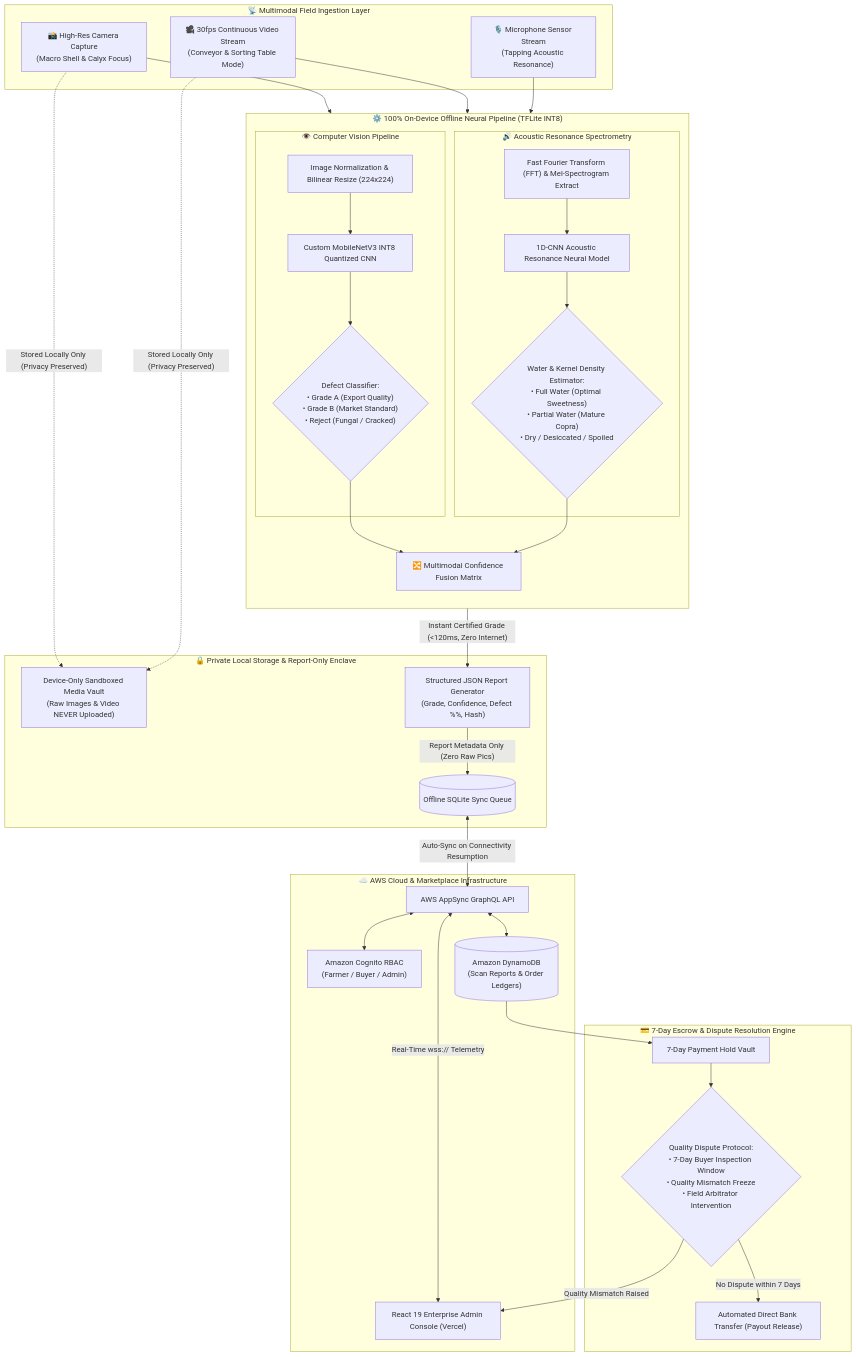
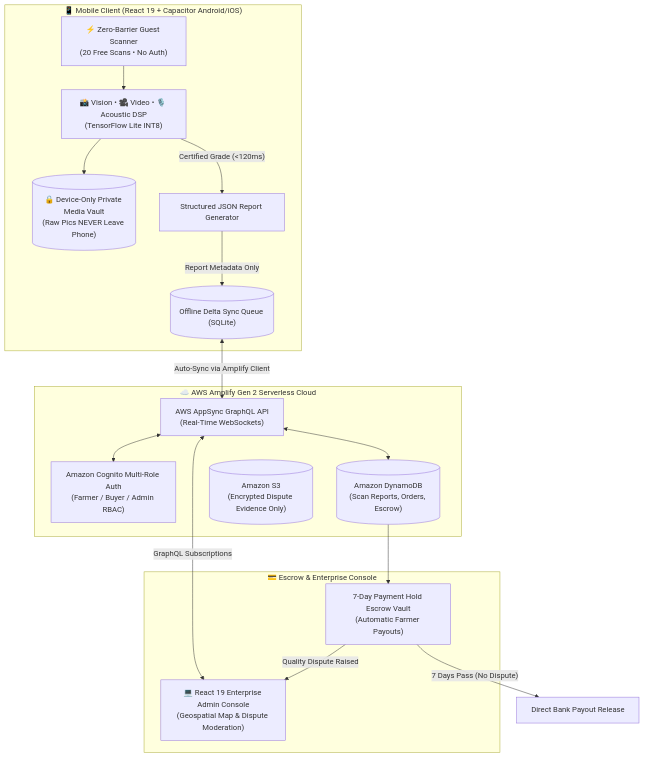
Before and after one commit to rahaman1721/pooja-coconut-scan-ai: the diagram in README.md, drawn with Mermaid. The commit also changed other lines of this file, not shown here.

Commit message:
docs: exhaustive documentation of Vercel Admin Console routes and 7-day escrow payment control room

````diff
--- a/README.md
+++ b/README.md
@@ -55,66 +123,36 @@
 ```mermaid
 flowchart TD
-    subgraph MultiModalSensors ["📡 Multimodal Field Ingestion Layer"]
-        ImgCapture["📸 High-Res Camera Capture\n(Macro Shell & Calyx Focus)"]
-        VidCapture["🎥 30fps Continuous Video Stream\n(Conveyor & Sorting Table Mode)"]
-        AudioCapture["🎙️ Microphone Sensor Stream\n(Tapping Acoustic Resonance)"]
+    subgraph ClientLayer ["📱 Mobile Client (React 19 + Capacitor Android/iOS)"]
+        GuestMode["⚡ Zero-Barrier Guest Scanner\n(20 Free Scans • No Auth)"]
+        MultimodalEngine["📸 Vision • 🎥 Video • 🎙️ Acoustic DSP\n(TensorFlow Lite INT8)"]
+        PrivateSandbox[("🔒 Device-Only Private Media Vault\n(Raw Pics NEVER Leave Phone)")]
+        ReportGen["Structured JSON Report Generator"]
+        OfflineSyncQueue[("Offline Delta Sync Queue (SQLite)")]
     end
 
-    subgraph OnDeviceEngine ["⚙️ 100% On-Device Offline Neural Pipeline (TFLite INT8)"]
-        direction TB
-        subgraph VisionModel ["👁️ Computer Vision Pipeline"]
-            Preprocessor["Image Normalization & Bilinear Resize (224x224)"]
-            MobileNetV3["Custom MobileNetV3 INT8 Quantized CNN"]
-            VisualClassifier{"Defect Classifier:\n• Grade A (Export Quality)\n• Grade B (Market Standard)\n• Reject (Fungal / Cracked)"}
-        end
-
-        subgraph AudioModel ["🔊 Acoustic Resonance Spectrometry"]
-            AudioDSP["Fast Fourier Transform (FFT) & Mel-Spectrogram Extract"]
-            AcousticCNN["1D-CNN Acoustic Resonance Neural Model"]
-            WaterDensityClassifier{"Water & Kernel Density Estimator:\n• Full Water (Optimal Sweetness)\n• Partial Water (Mature Copra)\n• Dry / Desiccated / Spoiled"}
-        end
-
-        ConfidenceFusion["🔀 Multimodal Confidence Fusion Matrix"]
+    subgraph AWSCloud ["☁️ AWS Amplify Gen 2 Serverless Cloud"]
+        CognitoPools["Amazon Cognito Multi-Role Auth\n(Farmer / Buyer / Admin RBAC)"]
+        AppSyncAPI["AWS AppSync GraphQL API\n(Real-Time WebSockets)"]
+        DynamoDB[("Amazon DynamoDB\n(Scan Reports, Orders, Escrow)")]
+        S3Storage[("Amazon S3\n(Encrypted Dispute Evidence Only)")]
     end
 
-    subgraph PrivacySandbox ["🔒 Private Local Storage & Report-Only Enclave"]
-        LocalMedia["Device-Only Sandboxed Media Vault\n(Raw Images & Video NEVER Uploaded)"]
-        AuditReportGen["Structured JSON Report Generator\n(Grade, Confidence, Defect %%, Hash)"]
-        OfflineQueue[("Offline SQLite Sync Queue")]
+    subgraph EscrowAndAdmin ["💳 Escrow & Enterprise Console"]
+        EscrowEngine["7-Day Payment Hold Escrow Vault\n(Automatic Farmer Payouts)"]
+        VercelAdmin["💻 React 19 Enterprise Admin Console\n(Geospatial Map & Dispute Moderation)"]
     end
 
-    subgraph AWSCloudEcosystem ["☁️ AWS Cloud & Marketplace Infrastructure"]
-        CognitoAuth["Amazon Cognito RBAC\n(Farmer / Buyer / Admin)"]
-        AppSyncCore["AWS AppSync GraphQL API"]
-        DynamoDBStore[("Amazon DynamoDB\n(Scan Reports & Order Ledgers)")]
-        AdminWebPortal["React 19 Enterprise Admin Console (Vercel)"]
-    end
+    GuestMode --> MultimodalEngine
+    MultimodalEngine --> PrivateSandbox
+    MultimodalEngine -->|"Certified Grade (<120ms)"| ReportGen
+    ReportGen -->|"Report Metadata Only"| OfflineSyncQueue
 
-    subgraph EscrowFintechEngine ["💳 7-Day Escrow & Dispute Resolution Engine"]
-        EscrowHold["7-Day Payment Hold Vault"]
-        DisputeEscalation{"Quality Dispute Protocol:\n• 7-Day Buyer Inspection Window\n• Quality Mismatch Freeze\n• Field Arbitrator Intervention"}
-        BankPayout["Automated Direct Bank Transfer (Payout Release)"]
-    end
+    OfflineSyncQueue <-->|"Auto-Sync via Amplify Client"| AppSyncAPI
+    AppSyncAPI <--> CognitoPools
+    AppSyncAPI <--> DynamoDB
+    AppSyncAPI <-->|"GraphQL Subscriptions"| VercelAdmin
 
-    ImgCapture --> Preprocessor --> MobileNetV3 --> VisualClassifier
-    VidCapture --> Preprocessor
-    AudioCapture --> AudioDSP --> AcousticCNN --> WaterDensityClassifier
-
-    VisualClassifier --> ConfidenceFusion
-    WaterDensityClassifier --> ConfidenceFusion
-
-    ConfidenceFusion -->|"Instant Certified Grade (<120ms, Zero Internet)"| AuditReportGen
-    
-    ImgCapture & VidCapture -.->|"Stored Locally Only (Privacy Preserved)"| LocalMedia
-    AuditReportGen -->|"Report Metadata Only (Zero Raw Pics)"| OfflineQueue
-
-    OfflineQueue <-->|"Auto-Sync on Connectivity Resumption"| AppSyncCore
-    AppSyncCore <--> CognitoAuth
-    AppSyncCore <--> DynamoDBStore
-    AppSyncCore <-->|"Real-Time wss:// Telemetry"| AdminWebPortal
-
-    DynamoDBStore --> EscrowHold
-    EscrowHold --> DisputeEscalation
-    DisputeEscalation -->|"No Dispute within 7 Days"| BankPayout
-    DisputeEscalation -->|"Quality Mismatch Raised"| AdminWebPortal
+    DynamoDB --> EscrowEngine
+    EscrowEngine -->|"7 Days Pass (No Dispute)"| Payout["Direct Bank Payout Release"]
+    EscrowEngine -->|"Quality Dispute Raised"| VercelAdmin
 ```
````
